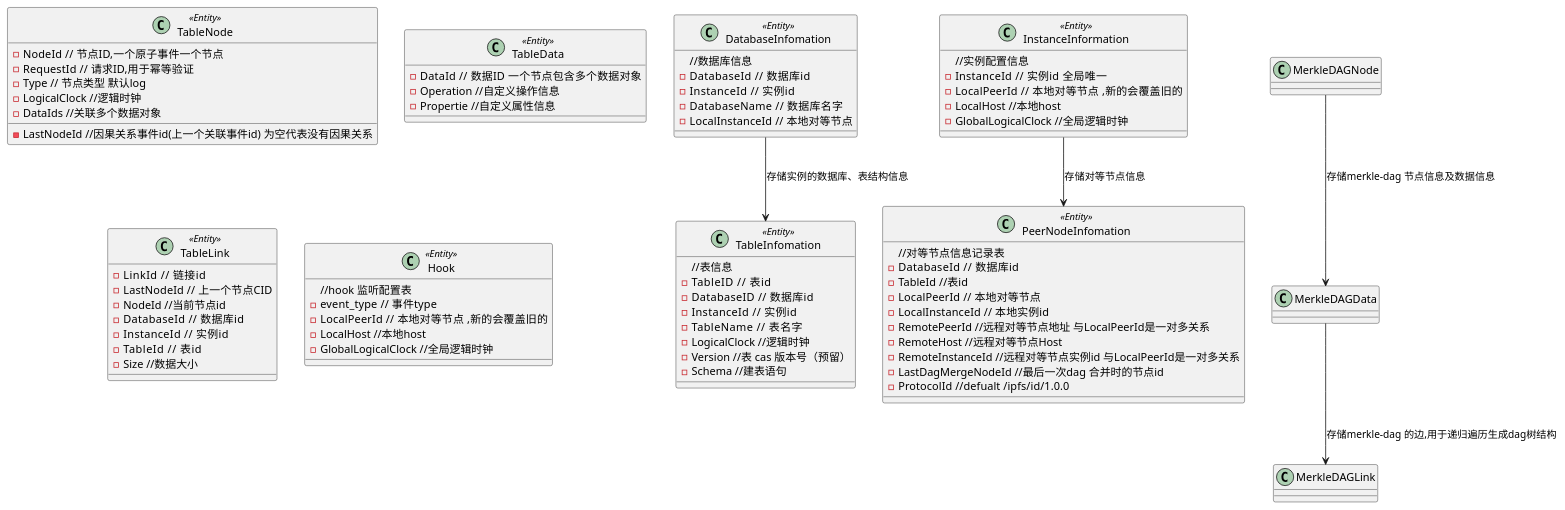
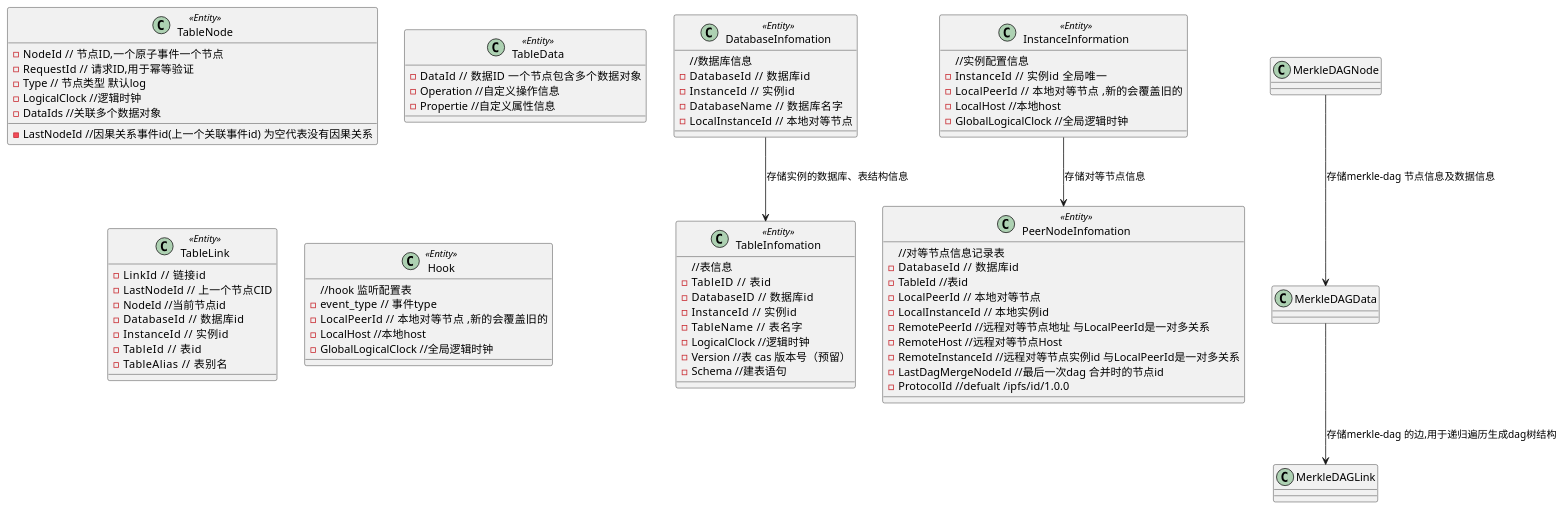
Before and after one commit to Rock-Lee-520/p2pdb: the diagram in docs/zh-cn/entity/persistence.puml, drawn with PlantUML. The commit also changed 17 other files, not shown here.

```diff
--- a/docs/zh-cn/entity/persistence.puml
+++ b/docs/zh-cn/entity/persistence.puml
@@ -3,106 +3,106 @@
 @startuml
 
 class TableNode <<Entity>> {
     - NodeId  // 节点ID,一个原子事件一个节点
     - RequestId //  请求ID,用于幂等验证
     - Type // 节点类型 默认log
     - LogicalClock //逻辑时钟
     - LastNodeId //因果关系事件id(上一个关联事件id) 为空代表没有因果关系                 
     - DataIds //关联多个数据对象            
 }
 
 
 class TableData <<Entity>> {
     - DataId  // 数据ID  一个节点包含多个数据对象
     - Operation //自定义操作信息
     - Propertie //自定义属性信息                 
 }
 
 class TableLink <<Entity>> {
     - LinkId   // 链接id
     - LastNodeId  // 上一个节点CID
     - NodeId //当前节点id
     - DatabaseId   // 数据库id
     - InstanceId   // 实例id
     - TableId   // 表id
-    - Size //数据大小
+    - TableAlias   // 表别名
 }
 
 
 class DatabaseInfomation <<Entity>> {
     //数据库信息
     - DatabaseId   // 数据库id
     - InstanceId   // 实例id
     - DatabaseName   // 数据库名字
     - LocalInstanceId  // 本地对等节点
 }
 
 
 class TableInfomation <<Entity>> {
     //表信息
     - TableID   // 表id 
     - DatabaseID   // 数据库id 
     - InstanceId   // 实例id
     - TableName   // 表名字
     - LogicalClock //逻辑时钟
     - Version //表 cas 版本号（预留）
     - Schema //建表语句
 
 }
 
 
 class PeerNodeInfomation <<Entity>> {
     //对等节点信息记录表
     - DatabaseId   // 数据库id
     - TableId //表id
     - LocalPeerId  // 本地对等节点
     - LocalInstanceId  // 本地实例id
     - RemotePeerId //远程对等节点地址 与LocalPeerId是一对多关系
     - RemoteHost //远程对等节点Host 
     - RemoteInstanceId //远程对等节点实例id 与LocalPeerId是一对多关系
     - LastDagMergeNodeId //最后一次dag 合并时的节点id
     - ProtocolId  //defualt /ipfs/id/1.0.0
 }
 
 
 
 
 
 
 class InstanceInformation <<Entity>> {
     //实例配置信息
     - InstanceId  // 实例id  全局唯一
     - LocalPeerId  // 本地对等节点  ,新的会覆盖旧的
     - LocalHost //本地host
     - GlobalLogicalClock //全局逻辑时钟
 
 }
 
 
 class Hook <<Entity>> {
     //hook 监听配置表
     - event_type  // 事件type
     - LocalPeerId  // 本地对等节点  ,新的会覆盖旧的
     - LocalHost //本地host
     - GlobalLogicalClock //全局逻辑时钟
 
 }
 
 
 
 InstanceInformation --> PeerNodeInfomation : 存储对等节点信息
 ' note on link #red: note that is red
 
 
 ' PeerNodeInfomation --> NodeSyncInfomation : A link
 MerkleDAGNode --> MerkleDAGData : 存储merkle-dag 节点信息及数据信息
 ' note right on link #blue
 ' this is my note on right link
 ' end note
 
 MerkleDAGData --> MerkleDAGLink : 存储merkle-dag 的边,用于递归遍历生成dag树结构
 ' note right on link #blue
 ' this is my note on right link
 ' end note
 DatabaseInfomation --> TableInfomation :存储实例的数据库、表结构信息
 @enduml
```
